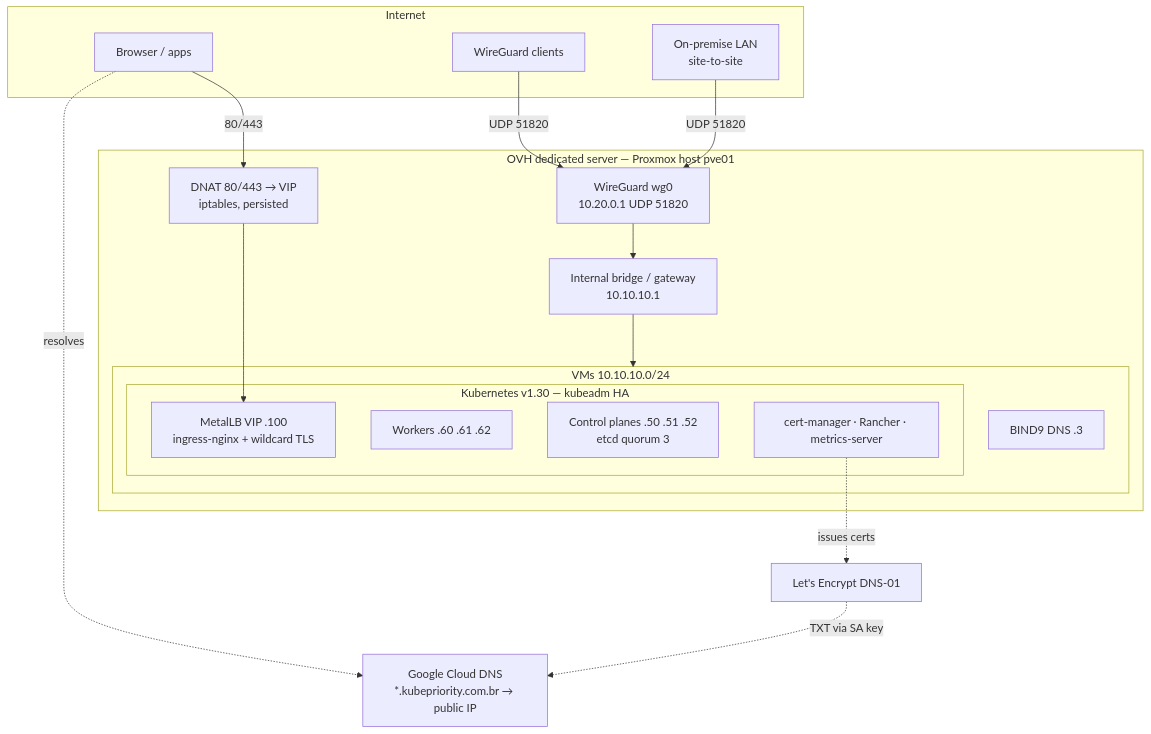
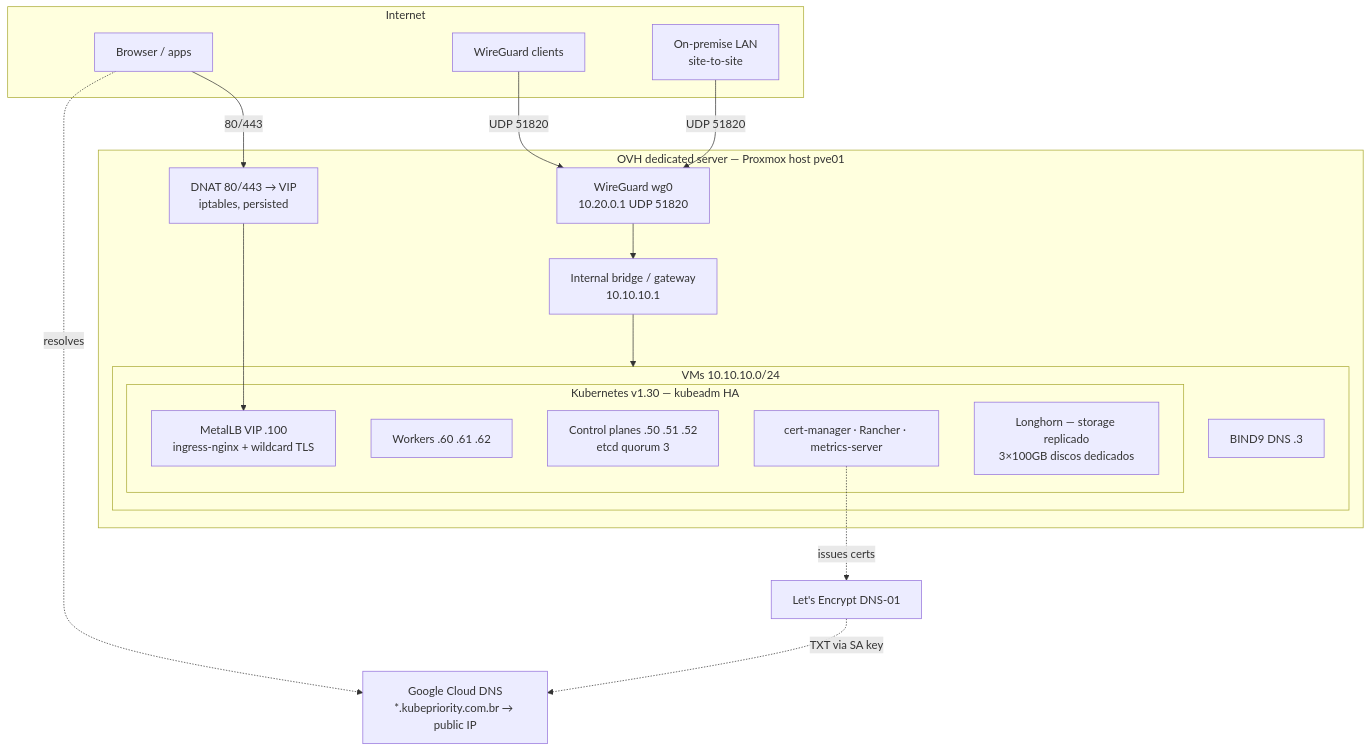
The diagram in README.md (kubepriority/terraform-proxmox-k8s), drawn with Mermaid before and after one commit. The commit also changed other lines of this file and 1 other file, not shown here.

Commit message:
docs: longhorn storage section, updated diagram and spec addendum

````diff
--- a/README.md
+++ b/README.md
@@ -279,34 +327,35 @@
 ```mermaid
 flowchart TB
     subgraph internet [Internet]
         USER[Browser / apps]
         WGCLI[WireGuard clients]
         ONPREM[On-premise LAN\nsite-to-site]
     end
 
     DNS[Google Cloud DNS\n*.kubepriority.com.br → public IP]
     USER -. resolves .-> DNS
 
     subgraph pve [OVH dedicated server — Proxmox host pve01]
         DNAT[DNAT 80/443 → VIP\niptables, persisted]
         WG[WireGuard wg0\n10.20.0.1 UDP 51820]
         GW[Internal bridge / gateway\n10.10.10.1]
 
         subgraph vms [VMs 10.10.10.0/24]
             BIND[BIND9 DNS .3]
             subgraph k8s [Kubernetes v1.30 — kubeadm HA]
                 CP[Control planes .50 .51 .52\netcd quorum 3]
                 WK[Workers .60 .61 .62]
                 VIP[MetalLB VIP .100\ningress-nginx + wildcard TLS]
                 ADD[cert-manager · Rancher · metrics-server]
+                LH[Longhorn — storage replicado\n3×100GB discos dedicados]
             end
         end
     end
 
     USER -- 80/443 --> DNAT --> VIP
     WGCLI -- UDP 51820 --> WG
     ONPREM -- UDP 51820 --> WG
     WG --> GW --> vms
     CERT[Let's Encrypt DNS-01] -. TXT via SA key .-> DNS
     ADD -. issues certs .-> CERT
 ```
````
